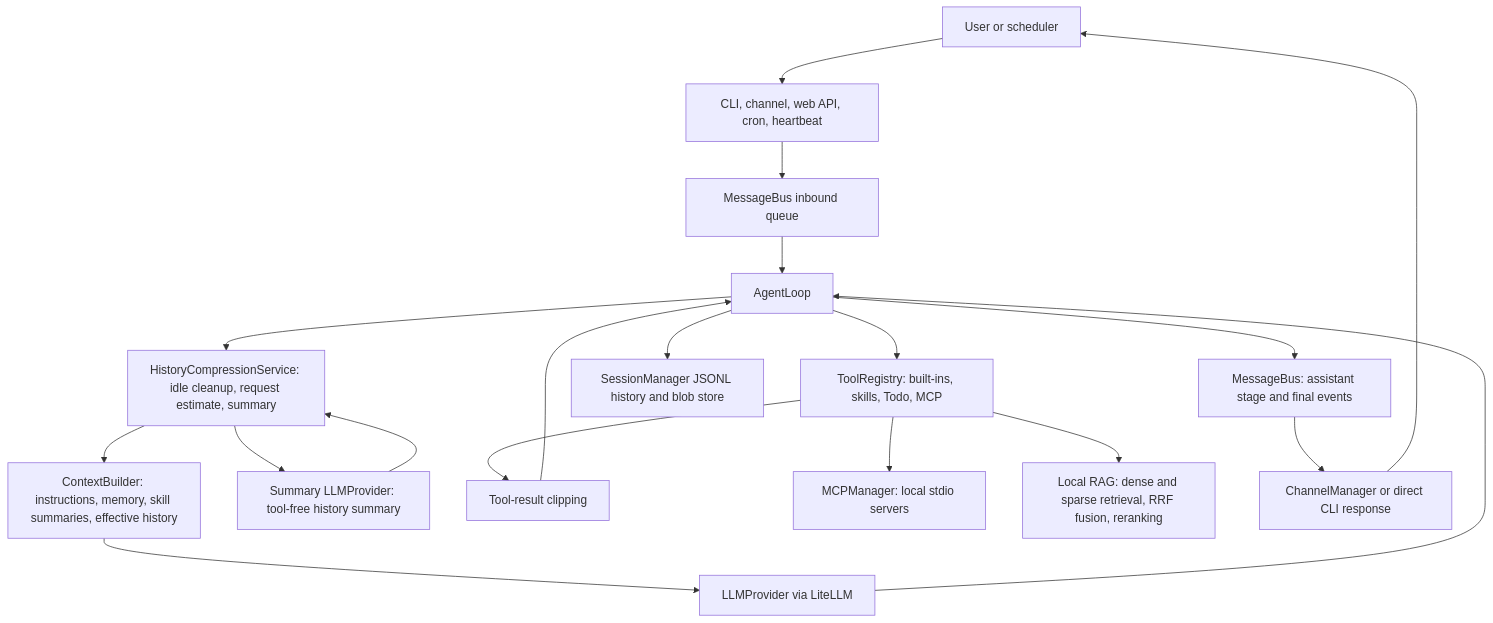
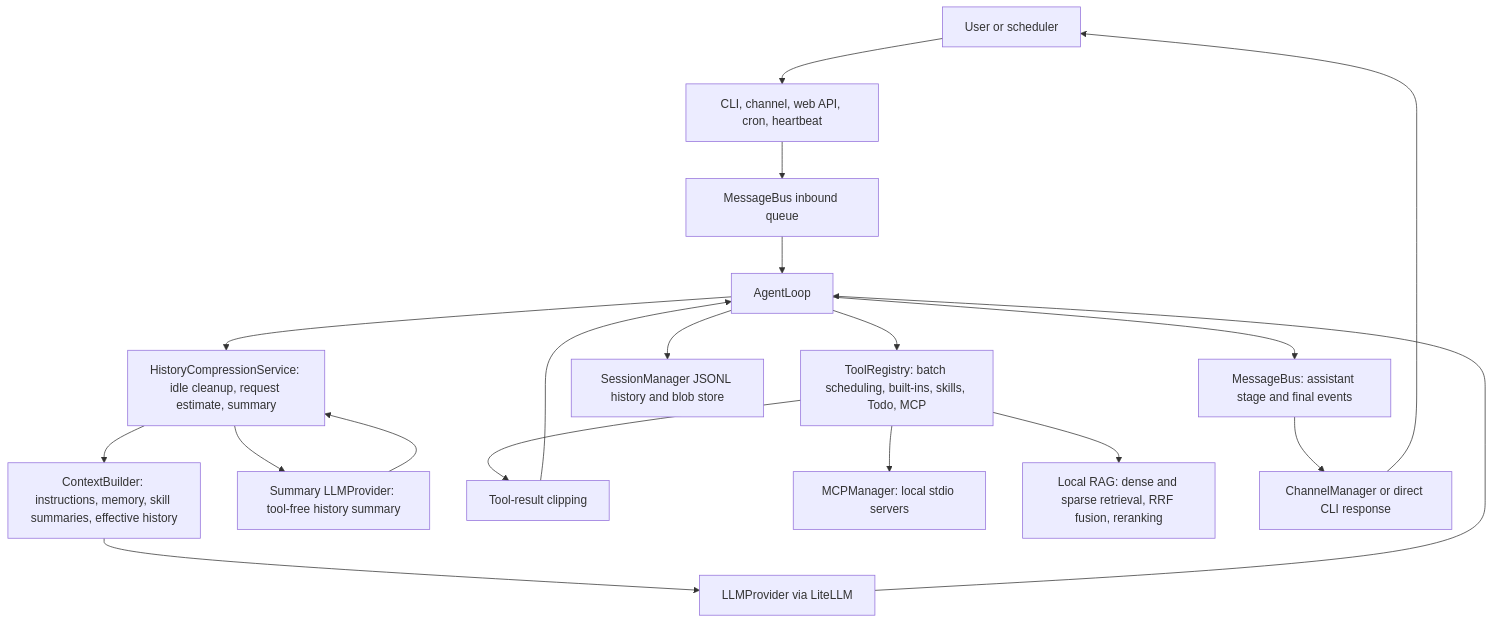
The diagram in docs/architecture.md (toughguy1999/nanobot), drawn with Mermaid before and after one commit. The commit also changed other lines of this file, not shown here.

````diff
--- a/docs/architecture.md
+++ b/docs/architecture.md
@@ -47,21 +47,21 @@
 ```mermaid
 flowchart TD
     User["User or scheduler"] --> Entry["CLI, channel, web API, cron, heartbeat"]
     Entry --> BusIn["MessageBus inbound queue"]
     BusIn --> Agent["AgentLoop"]
     Agent --> Compression["HistoryCompressionService: idle cleanup, request estimate, summary"]
     Compression --> Context["ContextBuilder: instructions, memory, skill summaries, effective history"]
     Compression --> Summary["Summary LLMProvider: tool-free history summary"]
     Summary --> Compression
     Context --> Provider["LLMProvider via LiteLLM"]
     Provider --> Agent
-    Agent --> Tools["ToolRegistry: built-ins, skills, Todo, MCP"]
+    Agent --> Tools["ToolRegistry: batch scheduling, built-ins, skills, Todo, MCP"]
     Tools --> Clip["Tool-result clipping"]
     Clip --> Agent
     Tools --> MCP["MCPManager: local stdio servers"]
     Tools --> RAG["Local RAG: dense and sparse retrieval, RRF fusion, reranking"]
     Agent --> Sessions["SessionManager JSONL history and blob store"]
     Agent --> BusOut["MessageBus: assistant stage and final events"]
     BusOut --> Channels["ChannelManager or direct CLI response"]
     Channels --> User
 ```
````
